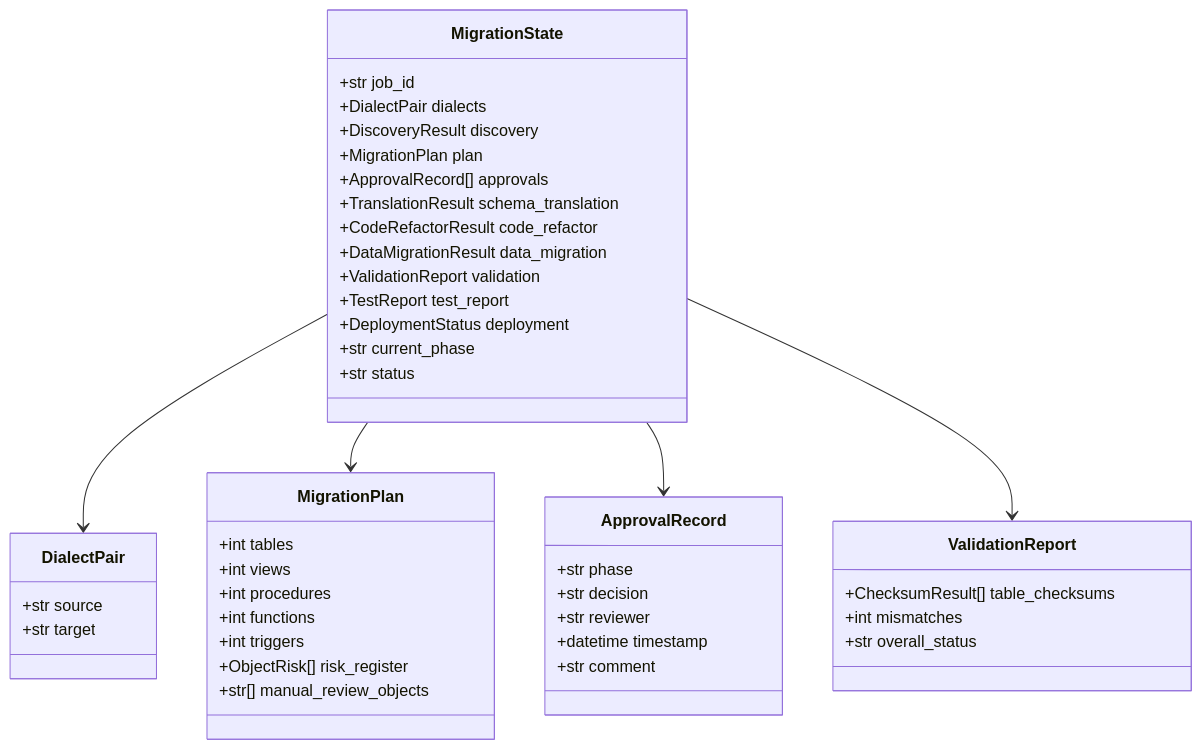
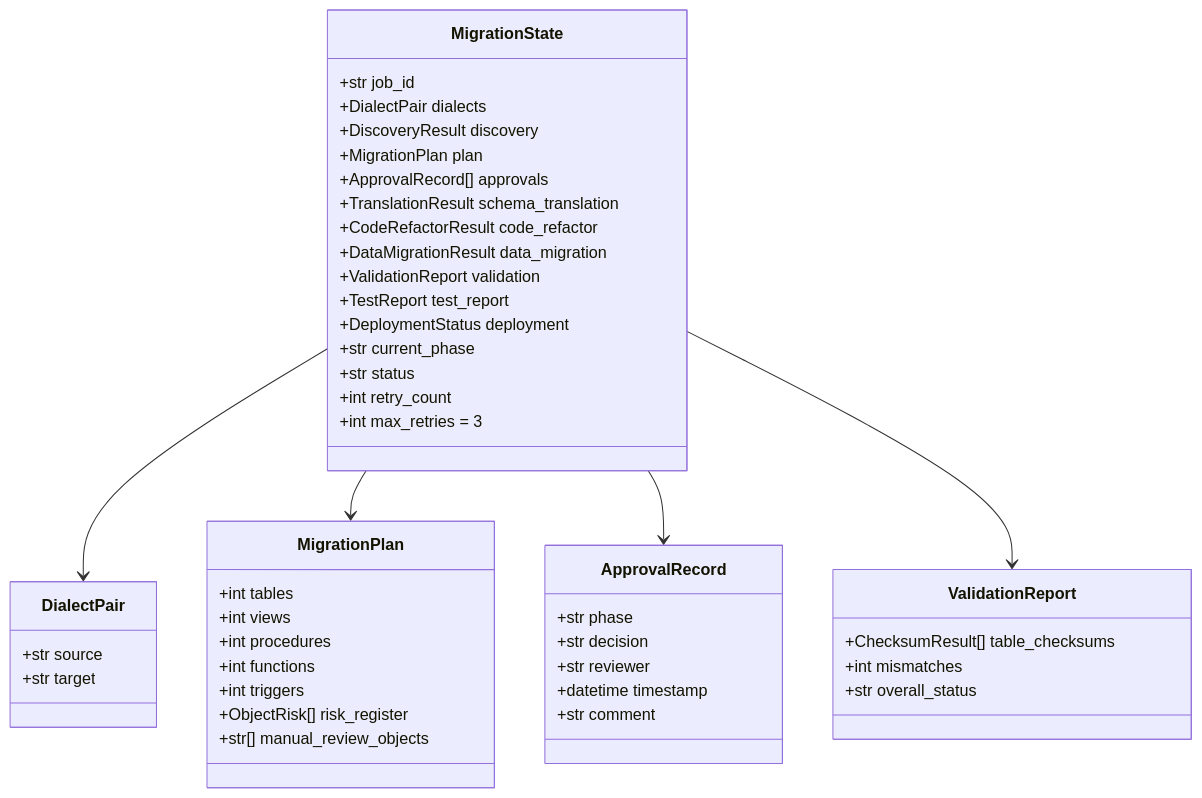
Before and after one commit to rupak-banerjee-ness/Agentic-AI-Data-Migration: the sixth of 17 diagrams in architecture.md, drawn with Mermaid. The commit also changed other lines of this file, not shown here.

Commit message:
Add bounded automatic recovery and retry policy to architecture documentation

````diff
--- a/architecture.md
+++ b/architecture.md
@@ -328,47 +351,49 @@
 ```mermaid
 classDiagram
     class MigrationState {
         +str job_id
         +DialectPair dialects
         +DiscoveryResult discovery
         +MigrationPlan plan
         +ApprovalRecord[] approvals
         +TranslationResult schema_translation
         +CodeRefactorResult code_refactor
         +DataMigrationResult data_migration
         +ValidationReport validation
         +TestReport test_report
         +DeploymentStatus deployment
         +str current_phase
         +str status
+        +int retry_count
+        +int max_retries = 3
     }
     class DialectPair {
         +str source
         +str target
     }
     class MigrationPlan {
         +int tables
         +int views
         +int procedures
         +int functions
         +int triggers
         +ObjectRisk[] risk_register
         +str[] manual_review_objects
     }
     class ApprovalRecord {
         +str phase
         +str decision
         +str reviewer
         +datetime timestamp
         +str comment
     }
     class ValidationReport {
         +ChecksumResult[] table_checksums
         +int mismatches
         +str overall_status
     }
     MigrationState --> DialectPair
     MigrationState --> MigrationPlan
     MigrationState --> ApprovalRecord
     MigrationState --> ValidationReport
 ```
````
